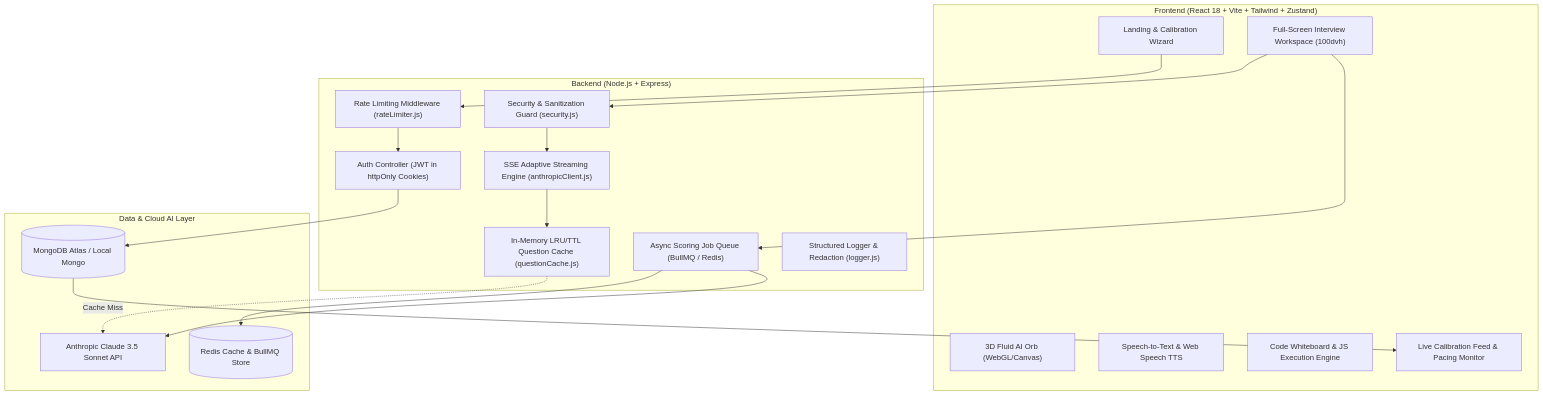
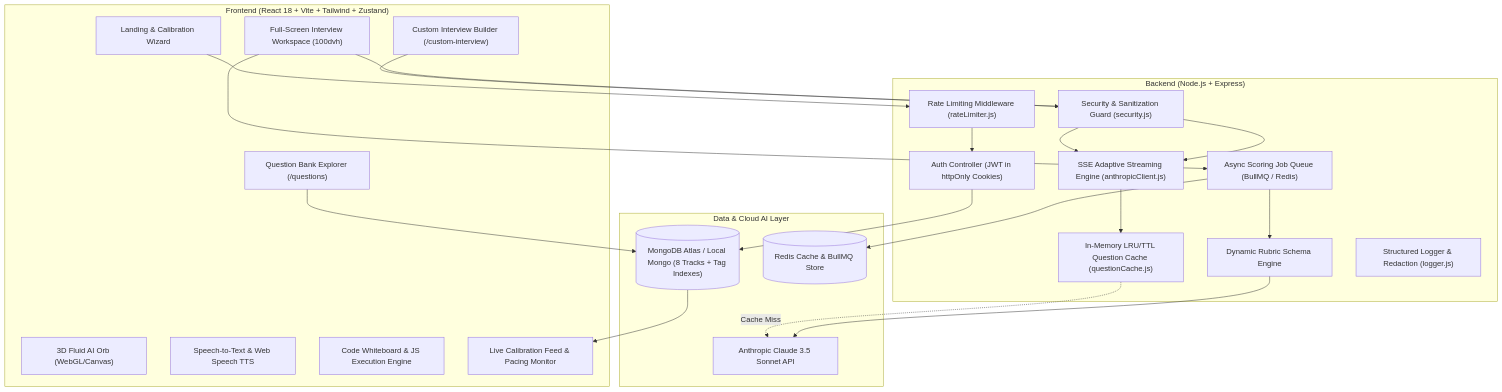
The diagram in README.md (sheikhayaan/PrepAi), drawn with Mermaid before and after one commit. The commit also changed other lines of this file and 38 other files, not shown here.

Commit message:
feat: add 8 interview tracks, custom interview builder, company dsa bank & admin portal

````diff
--- a/README.md
+++ b/README.md
@@ -48,35 +58,40 @@
 ```mermaid
 flowchart TD
     subgraph Client ["Frontend (React 18 + Vite + Tailwind + Zustand)"]
         UI["Landing & Calibration Wizard"]
+        CustomBuilder["Custom Interview Builder (/custom-interview)"]
+        QBank["Question Bank Explorer (/questions)"]
         Room["Full-Screen Interview Workspace (100dvh)"]
         Orb["3D Fluid AI Orb (WebGL/Canvas)"]
         TTS["Speech-to-Text & Web Speech TTS"]
         CodeSandbox["Code Whiteboard & JS Execution Engine"]
         Telemetry["Live Calibration Feed & Pacing Monitor"]
     end
 
     subgraph Server ["Backend (Node.js + Express)"]
         Sec["Security & Sanitization Guard (security.js)"]
         RateLimit["Rate Limiting Middleware (rateLimiter.js)"]
         Cache["In-Memory LRU/TTL Question Cache (questionCache.js)"]
         SSE["SSE Adaptive Streaming Engine (anthropicClient.js)"]
+        DynamicRubric["Dynamic Rubric Schema Engine"]
         AuthCtrl["Auth Controller (JWT in httpOnly Cookies)"]
         Queue["Async Scoring Job Queue (BullMQ / Redis)"]
         Logger["Structured Logger & Redaction (logger.js)"]
     end
 
     subgraph External ["Data & Cloud AI Layer"]
         Claude["Anthropic Claude 3.5 Sonnet API"]
-        Mongo[("MongoDB Atlas / Local Mongo")]
+        Mongo[("MongoDB Atlas / Local Mongo (8 Tracks + Tag Indexes)")]
         RedisDB[("Redis Cache & BullMQ Store")]
     end
 
     UI --> RateLimit --> AuthCtrl --> Mongo
+    CustomBuilder --> Sec --> SSE
+    QBank --> Mongo
     Room --> Sec --> SSE
     SSE --> Cache
     Cache -. Cache Miss .-> Claude
     Room --> Queue --> RedisDB
-    Queue --> Claude
+    Queue --> DynamicRubric --> Claude
     Mongo --> Telemetry
 ```
````
